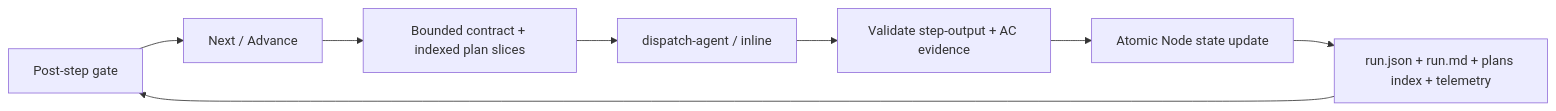
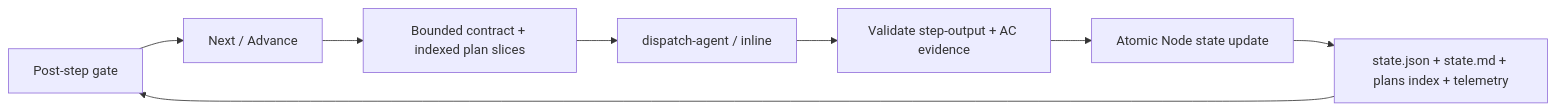
One commit to jpolvora/workflow-skills changed the fourth of 6 diagrams in .agents/skills/ws-spec-to-pr/DIAGRAM.md. Above: the diagram before and after it, drawn with Mermaid. The commit also changed 41 other files, not shown here.

````diff
--- a/.agents/skills/ws-spec-to-pr/DIAGRAM.md
+++ b/.agents/skills/ws-spec-to-pr/DIAGRAM.md
@@ -86,10 +86,10 @@
 ```mermaid
 flowchart LR
   Gate[Post-step gate] --> Advance[Next / Advance]
   Advance --> Context[Bounded contract + indexed plan slices]
   Context --> Disp[dispatch-agent / inline]
   Disp --> Ingest[Validate step-output + AC evidence]
   Ingest --> State[Atomic Node state update]
-  State --> Derived[run.json + run.md + plans index + telemetry]
+  State --> Derived[state.json + state.md + plans index + telemetry]
   Derived --> Gate
 ```
````
